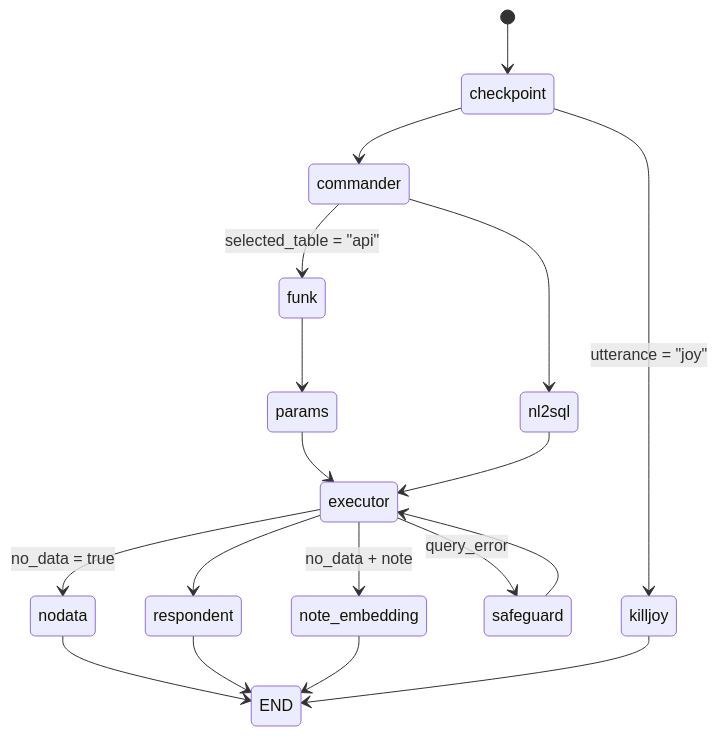
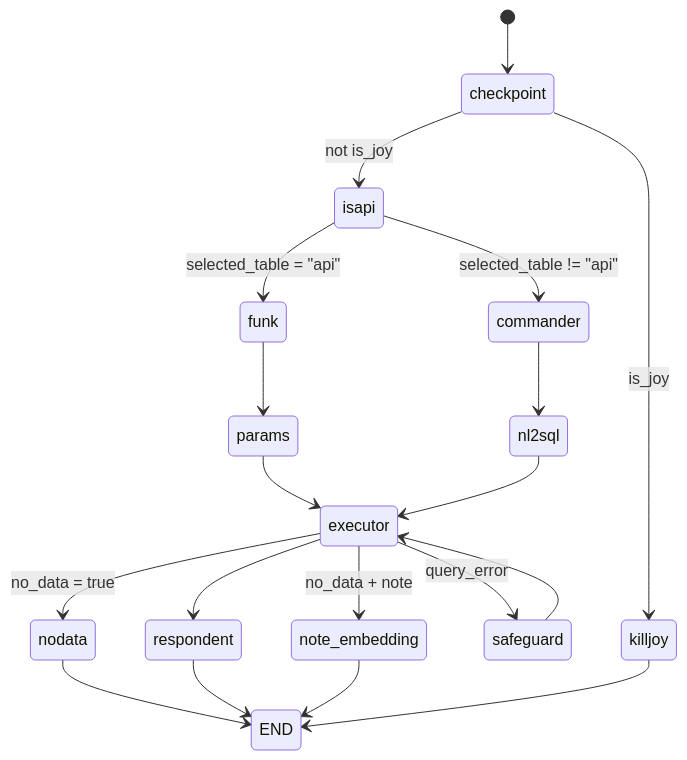
Before and after one commit to kangbw0420/QUVI: the diagram in README.md, drawn with Mermaid.

````diff
--- a/README.md
+++ b/README.md
@@ -7,27 +7,30 @@
 ```mermaid
 stateDiagram-v2
     [*] --> checkpoint
 
-    checkpoint --> commander
-    checkpoint --> killjoy: utterance = "joy"
-
-    commander --> funk: selected_table = "api"
+    checkpoint --> isapi: not is_joy
+    checkpoint --> killjoy: is_joy
+    
+    isapi --> funk: selected_table = "api"
+    isapi --> commander: selected_table != "api"
+    
     commander --> nl2sql
     
     funk --> params
     params --> executor
 
     nl2sql --> executor
     
     executor --> nodata: no_data = true
     executor --> respondent
     executor --> note_embedding: no_data + note
     executor --> safeguard: query_error
 
     safeguard --> executor
     
     note_embedding --> END
     killjoy --> END
     nodata --> END
     respondent --> END
+
 ```
````
